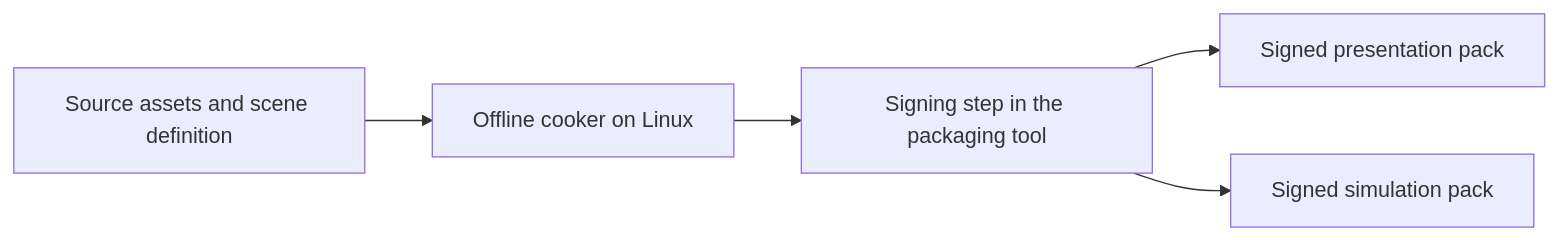
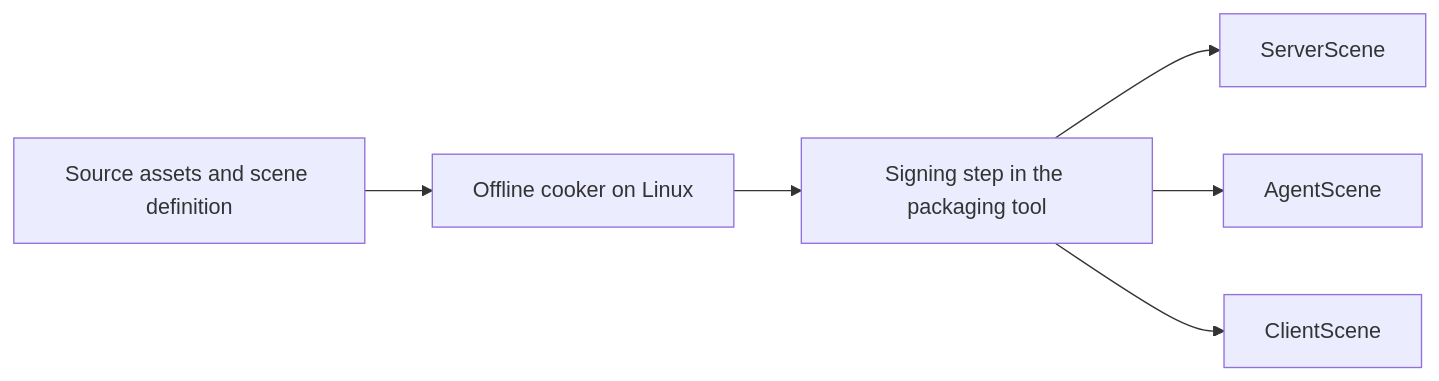
The diagram in docs/cooker-and-packs.md (sergioffpc/blackflower), drawn with Mermaid before and after one commit. The commit also changed other lines of this file and 35 other files, not shown here.

First line of the commit message:
feat(content)!: introduce typed server agent and client scenes

````diff
--- a/docs/cooker-and-packs.md
+++ b/docs/cooker-and-packs.md
@@ -22,11 +22,13 @@
 ```mermaid
 flowchart LR
     source["Source assets and scene definition"]
     cooker["Offline cooker on Linux"]
     signer["Signing step in the packaging tool"]
-    presentationPack["Signed presentation pack"]
-    simulationPack["Signed simulation pack"]
+    server["ServerScene"]
+    agent["AgentScene"]
+    client["ClientScene"]
     source --> cooker --> signer
-    signer --> presentationPack
-    signer --> simulationPack
+    signer --> server
+    signer --> agent
+    signer --> client
 ```
````
